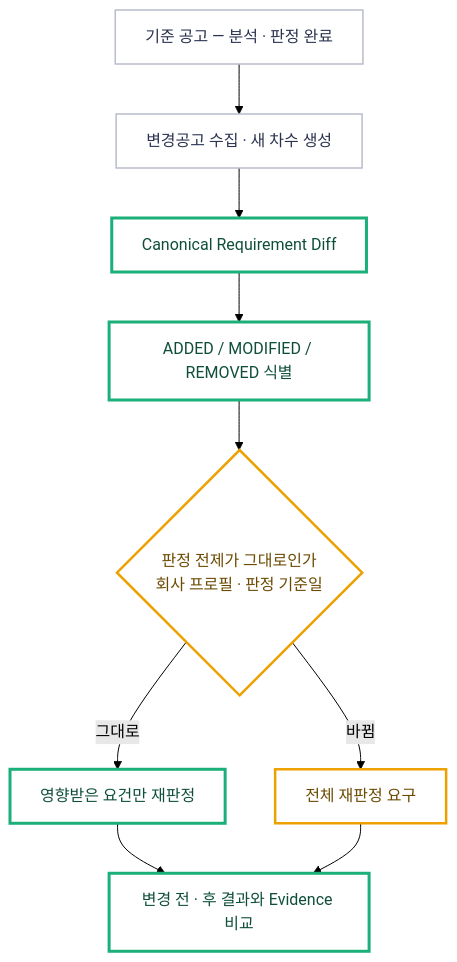
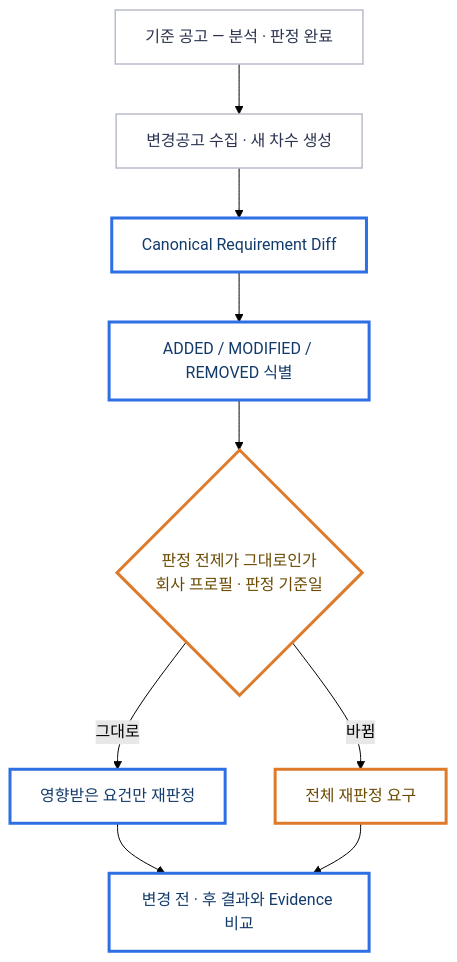
Before and after one commit to SKNETWORKS-FAMILY-AICAMP/SKN34-3rd-4Team: the tenth of 10 diagrams in README.md, drawn with Mermaid (forest theme). The commit also changed other lines of this file and 2 other files, not shown here.

Commit message:
docs: 이용안내·회사 프로필 캡처 추가, Mermaid 색 팔레트 통일

````diff
--- a/README.md
+++ b/README.md
@@ -644,22 +709,26 @@
 ```mermaid
 flowchart TB
     A["기준 공고 — 분석 · 판정 완료"]
     B["변경공고 수집 · 새 차수 생성"]
     C["Canonical Requirement Diff"]
     D["ADDED / MODIFIED / REMOVED 식별"]
     E{"판정 전제가 그대로인가<br/>회사 프로필 · 판정 기준일"}
     F["영향받은 요건만 재판정"]
     G["전체 재판정 요구"]
     H["변경 전 · 후 결과와 Evidence 비교"]
 
     A --> B --> C --> D --> E
     E -->|"그대로"| F --> H
     E -->|"바뀜"| G --> H
 
-    classDef rule fill:none,stroke:#1baf7a,stroke-width:3px,color:#0f4f39
-    classDef plain fill:none,stroke:#b9bccb,stroke-width:1.5px,color:#2b3350
-    classDef warn fill:none,stroke:#eda100,stroke-width:2.5px,color:#6b4a00
-    class C,D,F,H rule
+    classDef core  fill:none,stroke:#2F6FE4,stroke-width:3px,color:#123A6B
+    classDef llm   fill:none,stroke:#DD7B2B,stroke-width:3px,color:#6B4A00
+    classDef safe  fill:none,stroke:#2E9E4F,stroke-width:2.5px,color:#0F4F39
+    classDef src   fill:none,stroke:#8792B5,stroke-width:2px,color:#2B3350
+    classDef plain fill:none,stroke:#B9BCCB,stroke-width:1.5px,color:#2B3350
+    classDef zone  fill:none,stroke:#C9CFDC,stroke-width:1px,color:#5C6270
+
+    class C,D,F,H core
     class A,B plain
-    class E,G warn
+    class E,G llm
 ```
````
